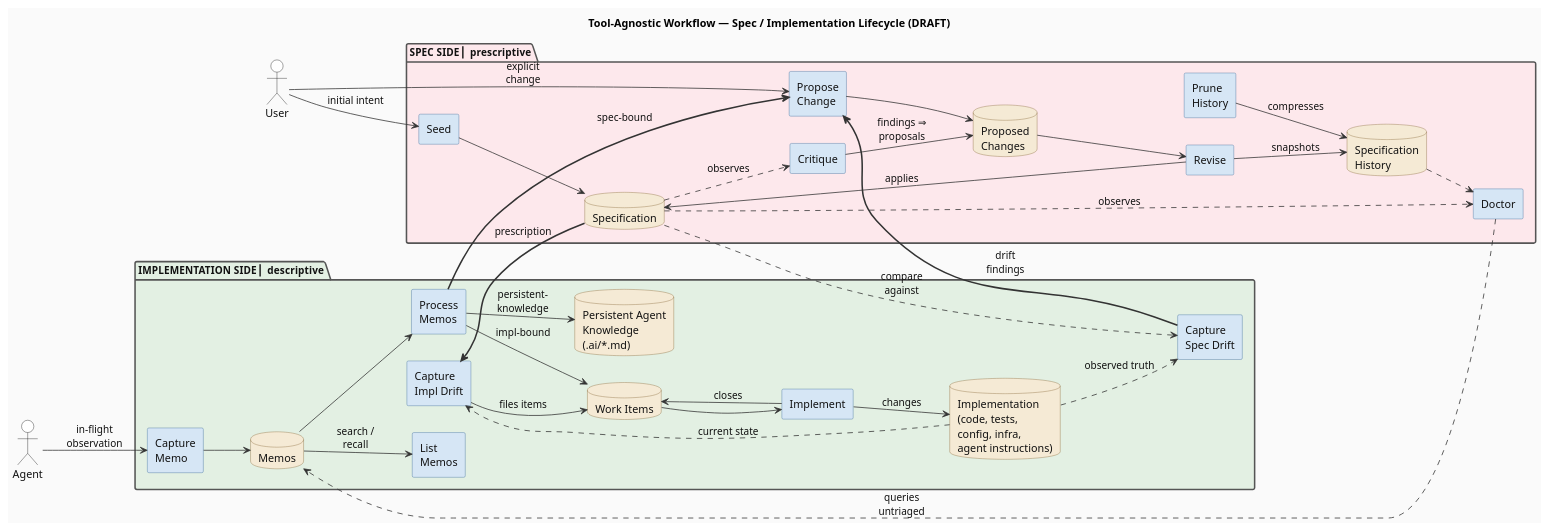
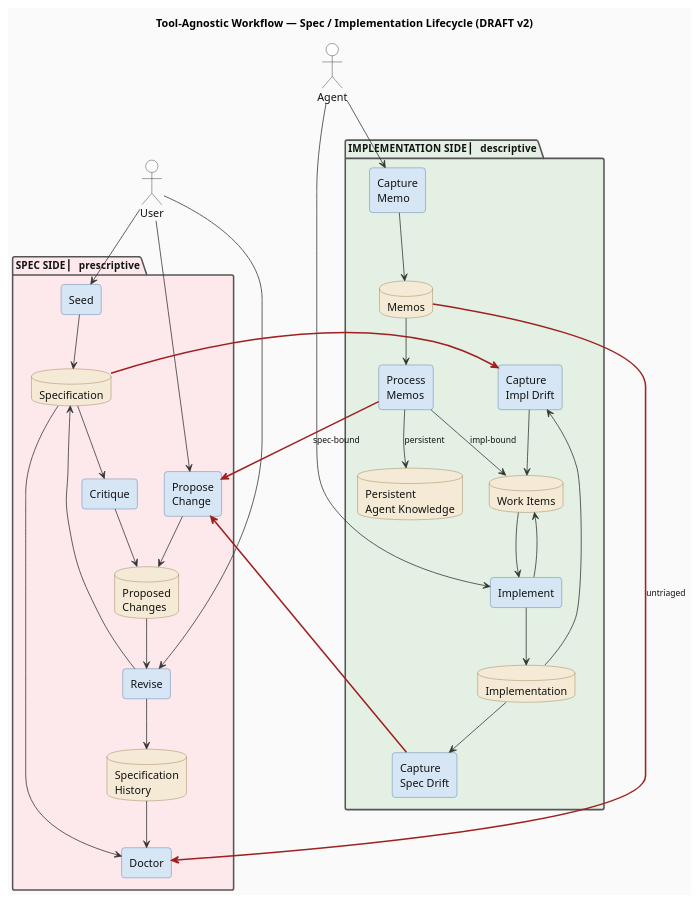
Before and after one commit to thewoolleyman/livespec: the diagram in research/workflow-processes/diagrams/draft-tool-agnostic-workflow.plantuml, drawn with PlantUML. The commit also changed 2 other files, not shown here.

Commit message:
docs(research): revise draft workflow diagram per review (v2)
Review feedback addressed:

1. Vertical stacking (top-to-bottom direction). SPEC SIDE on top,
   IMPLEMENTATION SIDE on bottom. Horizontal was too wide.

2. Arrow direction now consistently indicates data flow. Verbs
   live in source-node names (skills are already verb-named:
   "Seed", "Critique", "Revise", "Capture Impl Drift", etc.).
   Arrow labels are sparse — used only where genuinely
   ambiguous (e.g., Process Memos disposition branches).

3. Doctor's hygiene query now renders as Memos → Doctor (data
   flows back to doctor as the query result), not Doctor → Memos.

4. Dropped the confusing thick-double-arrow (===>) convention
   entirely. Cross-boundary contracts are now visually
   distinguished by COLOR (red) only.

5. Layout style inspired by the nlspec-lifecycle reference
   diagram under archive/brainstorming/.

6. Dropped List Memos and Prune History (tangential to the
   spec ↔ impl drift story; can re-add if needed).

7. Dropped the Spec → Capture Spec Drift cross-boundary read
   edge (implied by positioning; was creating an unnecessary
   crossing).

```diff
--- a/research/workflow-processes/diagrams/draft-tool-agnostic-workflow.plantuml
+++ b/research/workflow-processes/diagrams/draft-tool-agnostic-workflow.plantuml
@@ -1,141 +1,140 @@
 @startuml draft-tool-agnostic-workflow
-title Tool-Agnostic Workflow — Spec / Implementation Lifecycle (DRAFT)
+title Tool-Agnostic Workflow — Spec / Implementation Lifecycle (DRAFT v2)
 
-' Primary process flow goes LEFT to RIGHT.
-' SPEC SIDE on the left; IMPLEMENTATION SIDE on the right.
-' Lines crossing the package boundary are HARD CONTRACTS.
+' Vertical stacking: SPEC SIDE on top, IMPLEMENTATION SIDE below.
+' Arrow direction = data flow.
+' Cross-boundary arrows colored to flag them as hard contracts.
 
-left to right direction
+top to bottom direction
 
 ' --- Styling ------------------------------------------------
 
 skinparam defaultFontName Helvetica
 skinparam shadowing false
 skinparam BackgroundColor #fafafa
 skinparam ArrowColor #333
 skinparam ArrowFontColor #111
-skinparam ArrowThickness 1
+skinparam ArrowFontSize 11
 
 skinparam package {
   FontColor #111
   FontSize 13
   FontStyle bold
   BorderColor #555
   BorderThickness 2
 }
 
-' Activities / skills: light blue, regular rectangle
+' Skills / commands: rounded light-blue rectangles
 skinparam rectangle {
   BackgroundColor #d6e6f5
   BorderColor #3a6a9a
   FontColor #111
-  RoundCorner 4
+  RoundCorner 8
 }
 
-' Stores / artifacts / queues: tan cylinder
+' Artifacts / stores: tan cylinders
 skinparam database {
   BackgroundColor #f5ead5
   BorderColor #8a6b3a
   FontColor #111
 }
 
-' Actors
 skinparam actor {
   BackgroundColor #ffffff
   BorderColor #111
   FontColor #111
 }
 
 ' --- Actors -------------------------------------------------
 
 actor "User" as User
 actor "Agent" as Agent
 
-' --- SPEC SIDE (left) ---------------------------------------
+' --- SPEC SIDE (top) ---------------------------------------
 
-package "SPEC SIDE  ▏prescriptive" as SpecPkg #fde8ec {
+package "SPEC SIDE  ▏ prescriptive" as SpecPkg #fde8ec {
 
   rectangle "Seed" as Seed
   rectangle "Propose\nChange" as Propose
   rectangle "Critique" as Critique
   rectangle "Revise" as Revise
   rectangle "Doctor" as Doctor
-  rectangle "Prune\nHistory" as Prune
 
   database "Specification" as Spec
   database "Proposed\nChanges" as PCQueue
   database "Specification\nHistory" as History
 }
 
-' --- IMPLEMENTATION SIDE (right) ----------------------------
+' --- IMPLEMENTATION SIDE (bottom) ---------------------------
 
-package "IMPLEMENTATION SIDE  ▏descriptive" as ImplPkg #e3f0e3 {
+package "IMPLEMENTATION SIDE  ▏ descriptive" as ImplPkg #e3f0e3 {
 
   rectangle "Capture\nImpl Drift" as CaptureImplDrift
   rectangle "Implement" as Implement
   rectangle "Capture\nSpec Drift" as CaptureSpecDrift
   rectangle "Capture\nMemo" as CaptureMemo
-  rectangle "List\nMemos" as ListMemos
   rectangle "Process\nMemos" as ProcessMemos
 
-  database "Implementation\n(code, tests,\nconfig, infra,\nagent instructions)" as Impl
+  database "Implementation" as Impl
   database "Work Items" as WorkItems
   database "Memos" as Memos
-  database "Persistent Agent\nKnowledge\n(.ai/*.md)" as AgentKnowledge
+  database "Persistent\nAgent Knowledge" as AgentKnowledge
 }
 
-' --- User / Agent entry points -----------------------------
+' --- Actor entry points (data flow: actor → skill) ---------
 
-User --> Seed : initial intent
-User --> Propose : explicit\nchange
-Agent --> CaptureMemo : in-flight\nobservation
+User --> Seed
+User --> Propose
+User --> Revise
+Agent --> CaptureMemo
+Agent --> Implement
 
-' --- Spec lifecycle (within SPEC SIDE) ---------------------
+' --- Spec lifecycle (data flow within SPEC SIDE) -----------
 
 Seed --> Spec
 Propose --> PCQueue
 PCQueue --> Revise
-Revise --> Spec : applies
-Revise --> History : snapshots
-Spec ..> Critique : observes
-Critique --> PCQueue : findings ⇒\nproposals
-Spec ..> Doctor : observes
-History ..> Doctor
-Prune --> History : compresses
+Revise --> Spec
+Revise --> History
+Spec --> Critique
+Critique --> PCQueue
+Spec --> Doctor
+History --> Doctor
 
-' --- Cross-boundary: SPEC ⇒ IMPL (the prescription flow) ---
+' --- Cross-boundary: SPEC ⇣ IMPL (prescription read) -------
 
-Spec ===> CaptureImplDrift : prescription
+Spec -[#a02020,thickness=2]-> CaptureImplDrift
 
 ' --- Implementation gap lifecycle (within IMPL SIDE) -------
 
-Impl ..> CaptureImplDrift : current state
-CaptureImplDrift --> WorkItems : files items
+Impl --> CaptureImplDrift
+CaptureImplDrift --> WorkItems
 WorkItems --> Implement
-Implement --> Impl : changes
-Implement --> WorkItems : closes
+Implement --> Impl
+Implement --> WorkItems
 
-' --- Spec-drift detection (impl observed as truth) ---------
+' --- Spec drift lifecycle (within IMPL SIDE) ---------------
 
-Impl ..> CaptureSpecDrift : observed truth
-Spec ..> CaptureSpecDrift : compare\nagainst
+Impl --> CaptureSpecDrift
+
+' --- Cross-boundary: IMPL ⇡ SPEC (drift feedback) ----------
+
+CaptureSpecDrift -[#a02020,thickness=2]-> Propose
 
 ' --- Memo lifecycle (within IMPL SIDE) ---------------------
 
 CaptureMemo --> Memos
-Memos --> ListMemos : search /\nrecall
 Memos --> ProcessMemos
 ProcessMemos --> WorkItems : impl-bound
-ProcessMemos --> AgentKnowledge : persistent-\nknowledge
+ProcessMemos --> AgentKnowledge : persistent
 
-' --- Cross-boundary feedback: IMPL ⇒ SPEC ------------------
-' (these are the load-bearing R→L feedback loops)
+' --- Cross-boundary: IMPL ⇡ SPEC (spec-bound memo) ---------
 
-ProcessMemos ===> Propose : spec-bound
-CaptureSpecDrift ===> Propose : drift\nfindings
+ProcessMemos -[#a02020,thickness=2]-> Propose : spec-bound
 
-' --- Cross-boundary doctor hygiene query -------------------
+' --- Cross-boundary: IMPL ⇡ SPEC (doctor hygiene query) ----
+' Data flows Memos → Doctor (untriaged inventory).
 
-Doctor ..===> Memos : queries\nuntriaged
+Memos -[#a02020,thickness=2]-> Doctor : untriaged
 
 @enduml
```
